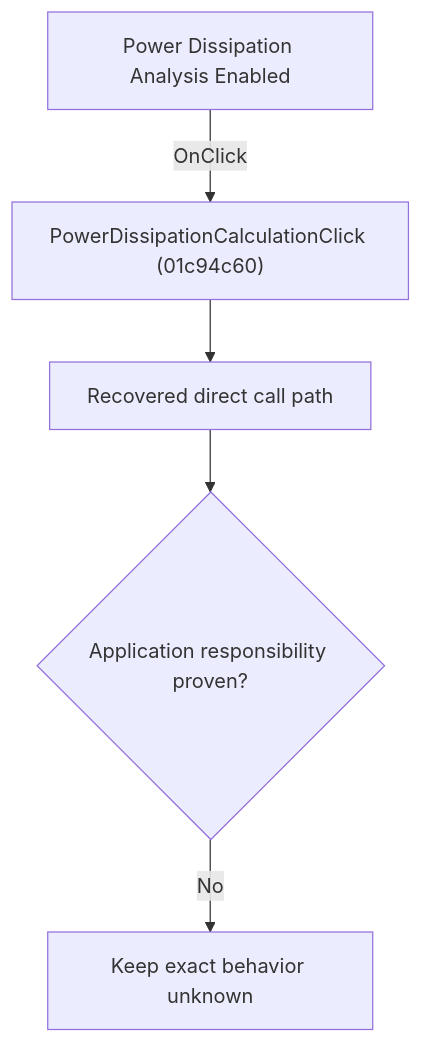
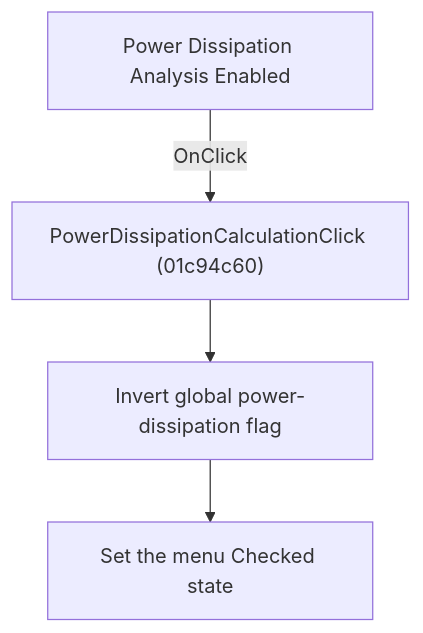
Before and after one commit to MovGP0/TIARA: the diagram in docs/ui-controls/schematiceditor/powerdissipationcalculation-389167b1d3.md, drawn with Mermaid. The commit also changed other lines of this file and 241 other files, not shown here.

````diff
--- a/docs/ui-controls/schematiceditor/powerdissipationcalculation-389167b1d3.md
+++ b/docs/ui-controls/schematiceditor/powerdissipationcalculation-389167b1d3.md
@@ -27,7 +25,6 @@
 ```mermaid
 flowchart TD
     control["Power Dissipation Analysis Enabled"] -->|"OnClick"| handler["PowerDissipationCalculationClick (01c94c60)"]
-    handler --> recovered["Recovered direct call path"]
-    recovered --> gap{"Application responsibility proven?"}
-    gap -->|"No"| blocked["Keep exact behavior unknown"]
+    handler --> toggle["Invert global power-dissipation flag"]
+    toggle --> check["Set the menu Checked state"]
 ```
````
